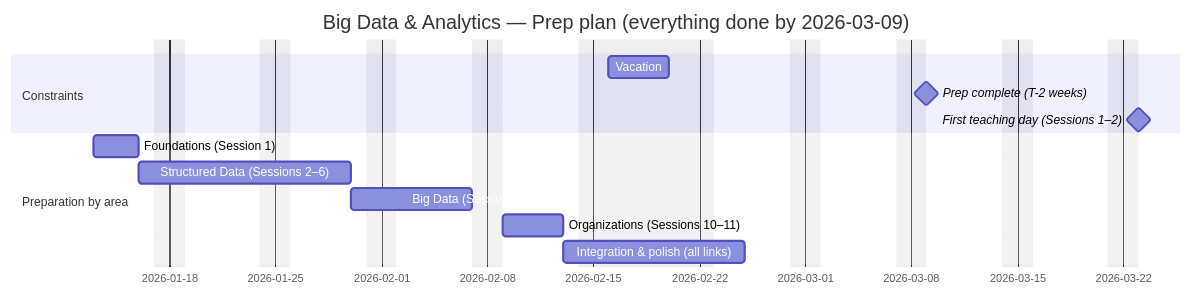
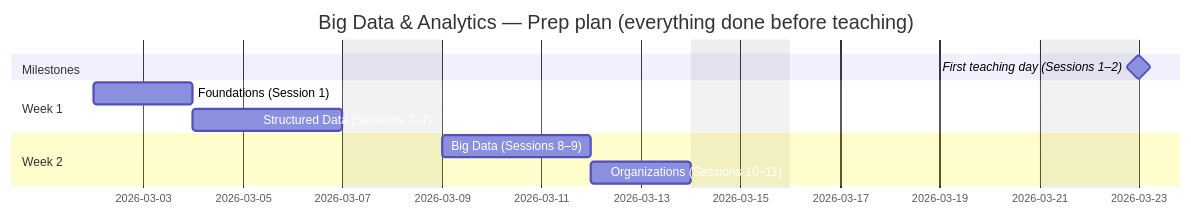
One commit to fs-ise/analytics-and-big-data changed the diagram in preparation.qmd. Above: the diagram before and after it, drawn with Mermaid. The commit also changed other lines of this file and 9 other files, not shown here.

````diff
--- a/preparation.qmd
+++ b/preparation.qmd
@@ -8,21 +8,19 @@
 ```{mermaid}
 %%{init: {'gantt': {'axisFormat': '%Y-%m-%d'}}}%%
 gantt
-
-    title Big Data & Analytics — Prep plan (everything done by 2026-03-09)
+    title Big Data & Analytics — Prep plan (everything done before teaching)
     dateFormat YYYY-MM-DD
     axisFormat %Y-%m-%d
-    excludes weekends, 2026-02-16, 2026-02-17, 2026-02-18, 2026-02-19, 2026-02-20
+    excludes weekends
 
-    section Constraints
-    Vacation :vac, 2026-02-16, 2026-02-20
-    Prep complete (T-2 weeks) :milestone, dl, 2026-03-09, 0d
+    section Milestones
     First teaching day (Sessions 1–2) :milestone, teach, 2026-03-23, 0d
 
-    section Preparation by area
-    Foundations (Session 1) :found, 2026-01-13, 3d
-    Structured Data (Sessions 2–6) :struct, after found, 10d
-    Big Data (Sessions 7–9) :big, after struct, 6d
-    Organizations (Sessions 10–11) :org, after big, 4d
-    Integration & polish (all links) :buf, after org, 3d
+    section Week 1
+    Foundations (Session 1) :found, 2026-03-02, 2d
+    Structured Data (Sessions 2–7) :struct, after found, 3d
+
+    section Week 2
+    Big Data (Sessions 8–9) :big, 2026-03-09, 3d
+    Organizations (Sessions 10–11) :org, after big, 2d
 ```
````
